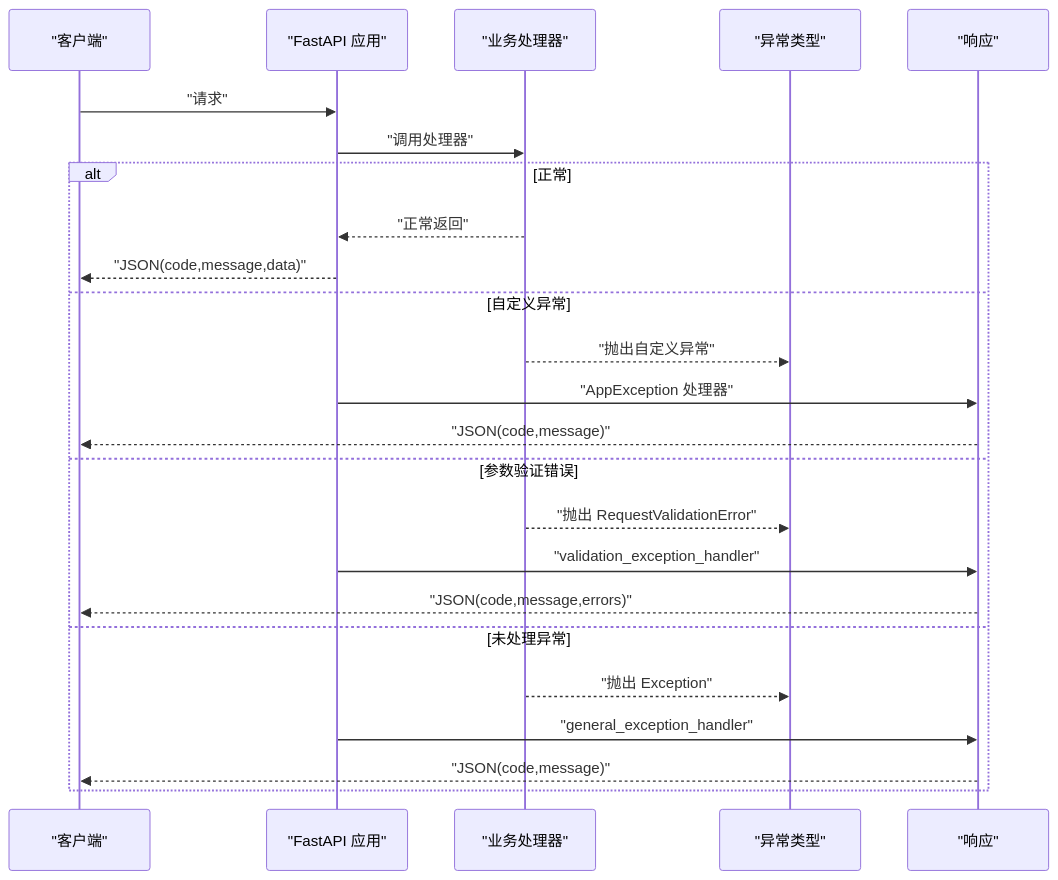
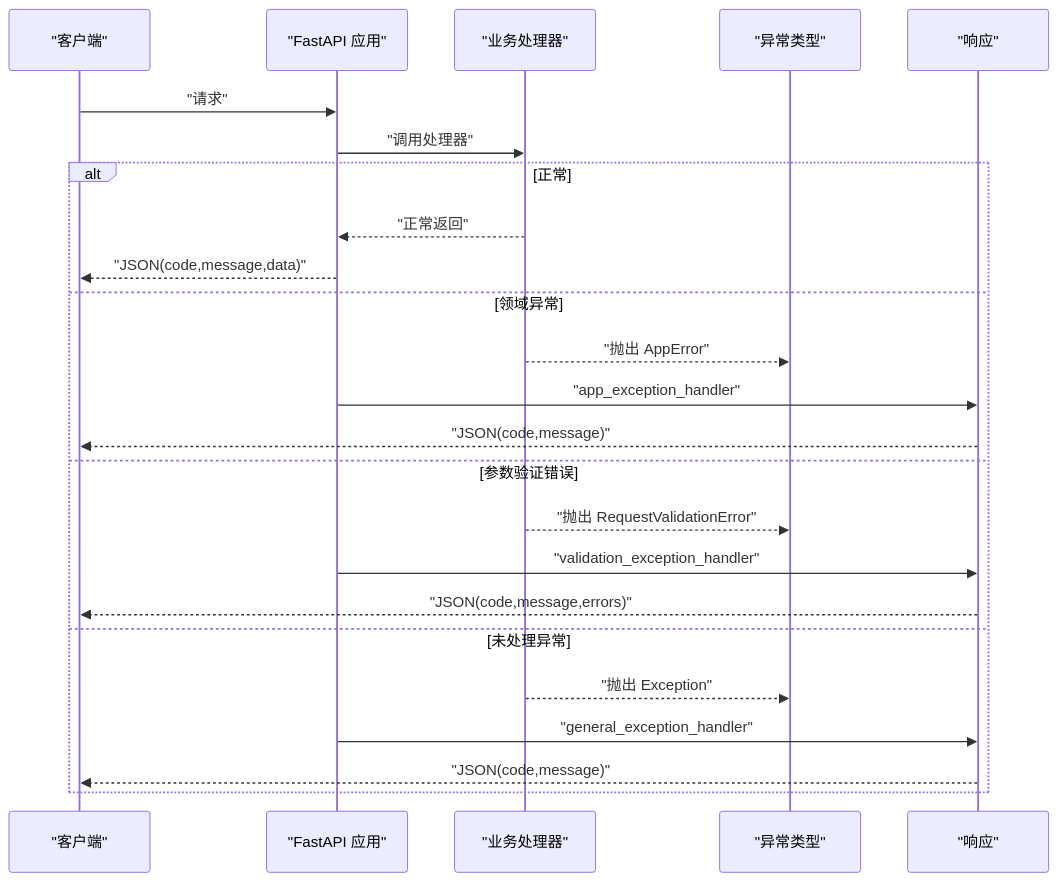
One commit to taoweidong/Hello-FastApi changed the fourth of 7 diagrams in .qoder/repowiki/zh/content/核心模块/核心模块.md. Above: the diagram before and after it, drawn with Mermaid. The commit also changed other lines of this file and 22 other files, not shown here.

````diff
--- a/.qoder/repowiki/zh/content/核心模块/核心模块.md
+++ b/.qoder/repowiki/zh/content/核心模块/核心模块.md
@@ -199,26 +227,26 @@
 ```mermaid
 sequenceDiagram
 participant Client as "客户端"
 participant App as "FastAPI 应用"
 participant Handler as "业务处理器"
 participant Ex as "异常类型"
 participant Resp as "响应"
 Client->>App : "请求"
 App->>Handler : "调用处理器"
 alt 正常
 Handler-->>App : "正常返回"
 App-->>Client : "JSON(code,message,data)"
-else 自定义异常
-Handler-->>Ex : "抛出自定义异常"
-App->>Resp : "AppException 处理器"
+else 领域异常
+Handler-->>Ex : "抛出 AppError"
+App->>Resp : "app_exception_handler"
 Resp-->>Client : "JSON(code,message)"
 else 参数验证错误
 Handler-->>Ex : "抛出 RequestValidationError"
 App->>Resp : "validation_exception_handler"
 Resp-->>Client : "JSON(code,message,errors)"
 else 未处理异常
 Handler-->>Ex : "抛出 Exception"
 App->>Resp : "general_exception_handler"
 Resp-->>Client : "JSON(code,message)"
 end
 ```
````
